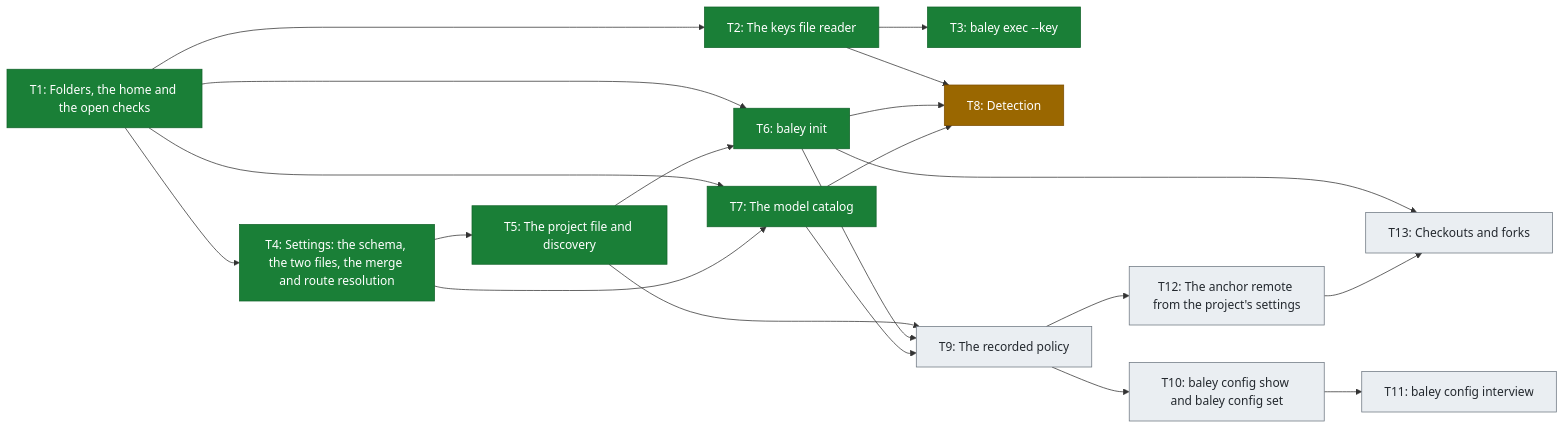
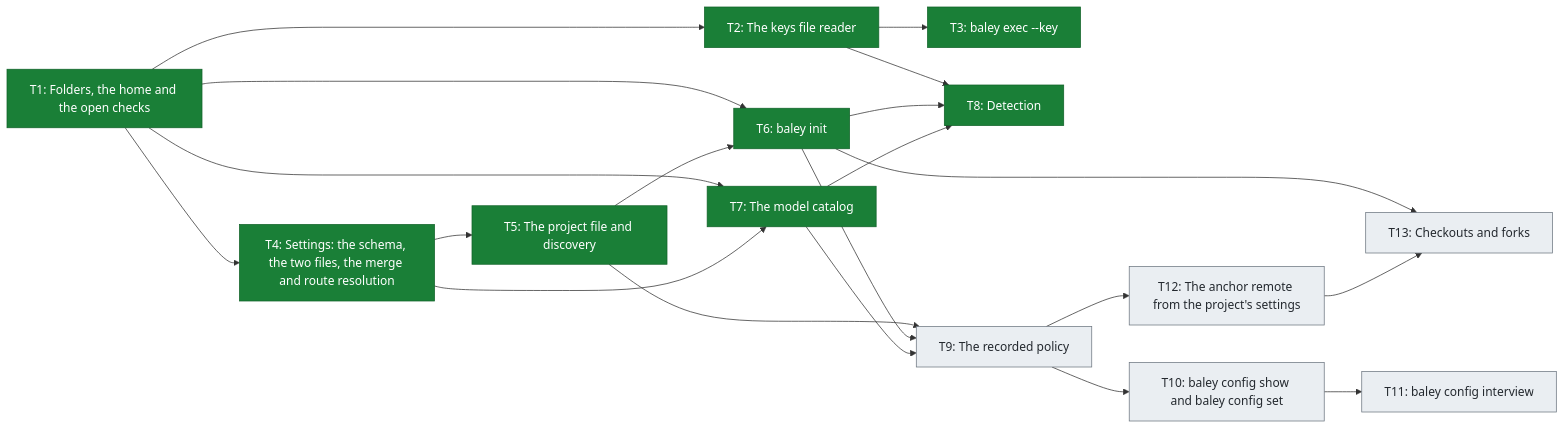
Before and after one commit to crenshawdev/baley: the third of 3 diagrams in docs/roadmap.md, drawn with Mermaid. The commit also changed other lines of this file, not shown here.

Commit message:
docs(roadmap): mark build 2 t8 merged
T8's pull request is #166, so its row links it and reads merged, which
merging that pull request makes true. Figure 3 moves T8 to done and the
status line counts T1 to T8.

````diff
--- a/docs/roadmap.md
+++ b/docs/roadmap.md
@@ -100,43 +100,41 @@
 ```mermaid
 flowchart LR
     T1["T1: Folders, the home and the open checks"]
     T2["T2: The keys file reader"]
     T3["T3: baley exec --key"]
     T4["T4: Settings: the schema, the two files, the merge and route resolution"]
     T5["T5: The project file and discovery"]
     T6["T6: baley init"]
     T7["T7: The model catalog"]
     T8["T8: Detection"]
     T9["T9: The recorded policy"]
     T10["T10: baley config show and baley config set"]
     T11["T11: baley config interview"]
     T12["T12: The anchor remote from the project's settings"]
     T13["T13: Checkouts and forks"]
 
     T1 --> T2
     T1 --> T4
     T1 --> T6
     T1 --> T7
     T2 --> T3
     T2 --> T8
     T4 --> T5
     T4 --> T7
     T5 --> T6
     T5 --> T9
     T6 --> T8
     T6 --> T9
     T6 --> T13
     T7 --> T8
     T7 --> T9
     T9 --> T10
     T9 --> T12
     T10 --> T11
     T12 --> T13
 
     classDef done fill:#1a7f37,stroke:#116329,color:#ffffff
     classDef planned fill:#eaeef2,stroke:#6e7781,color:#24292f
-    classDef progress fill:#9a6700,stroke:#7d4e00,color:#ffffff
-    class T1,T2,T3,T4,T5,T6,T7 done
-    class T8 progress
+    class T1,T2,T3,T4,T5,T6,T7,T8 done
     class T9,T10,T11,T12,T13 planned
 ```
````
